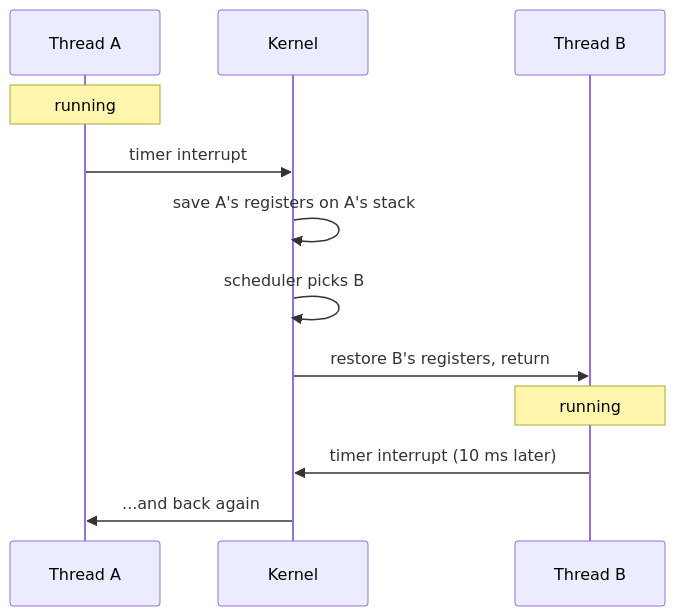
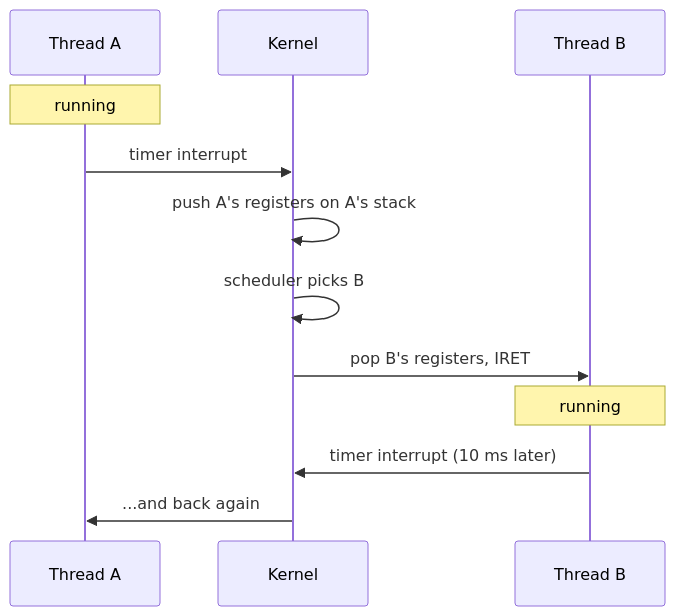
Before and after one commit to khandakerCodes/PHOENIX_8086: the third of 4 diagrams in README.md, drawn with Mermaid. The commit also changed other lines of this file and 18 other files, not shown here.

````diff
--- a/README.md
+++ b/README.md
@@ -349,14 +423,14 @@
 ```mermaid
 sequenceDiagram
     participant A as Thread A
     participant K as Kernel
     participant B as Thread B
     Note over A: running
     A->>K: timer interrupt
-    K->>K: save A's registers on A's stack
+    K->>K: push A's registers on A's stack
     K->>K: scheduler picks B
-    K->>B: restore B's registers, return
+    K->>B: pop B's registers, IRET
     Note over B: running
     B->>K: timer interrupt (10 ms later)
     K->>A: ...and back again
 ```
````
